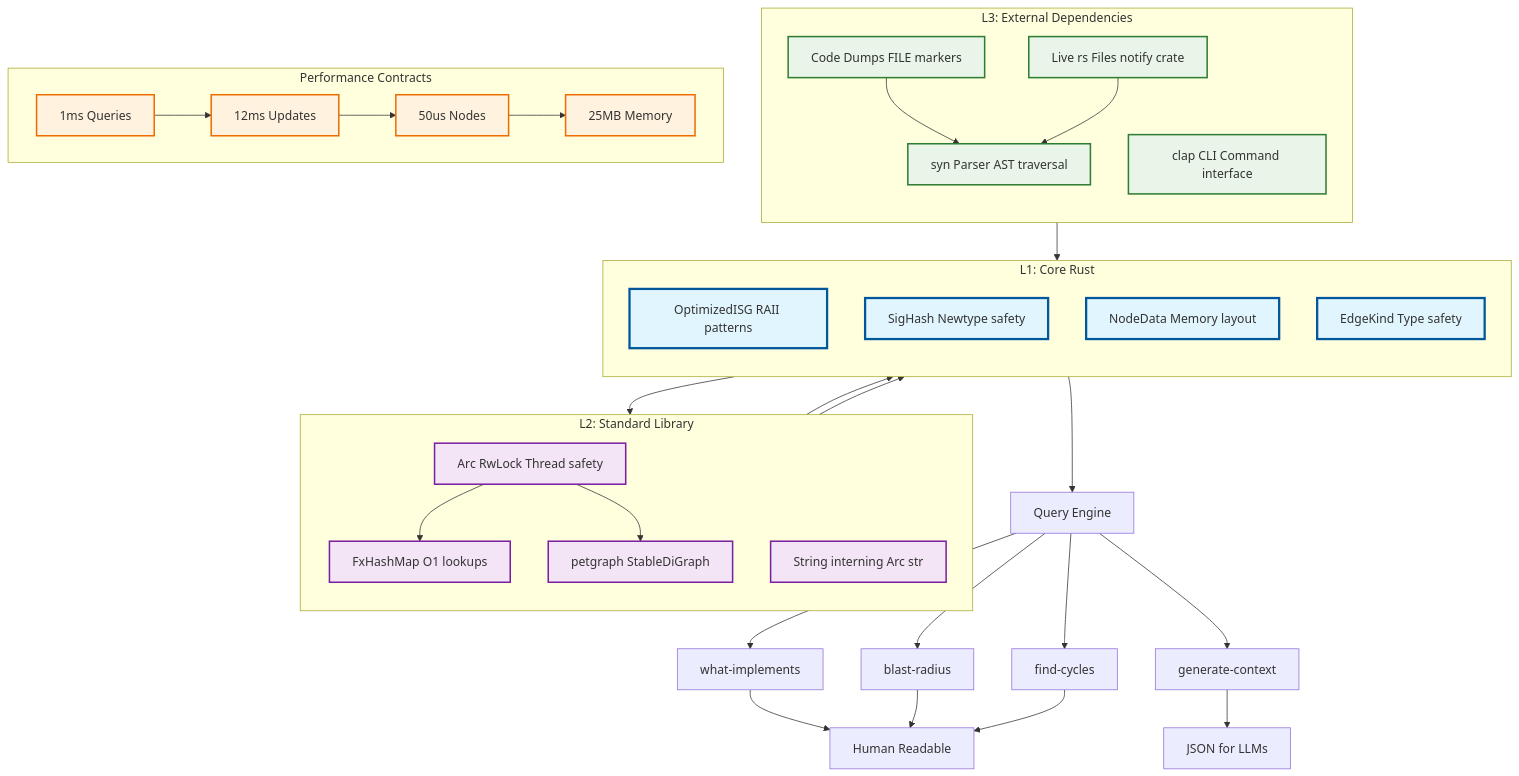
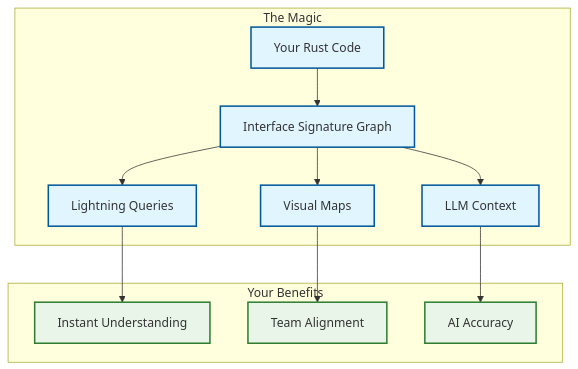
The second of 4 diagrams in README.md (that-in-rust/parseltongue), drawn with Mermaid before and after one commit. The commit also changed other lines of this file, not shown here.

````diff
--- a/README.md
+++ b/README.md
@@ -43,63 +47,21 @@
 ```mermaid
 graph TD
-    subgraph "L3: External Dependencies"
-        direction TB
-        A[Code Dumps FILE markers]
-        B[Live rs Files notify crate]
-        C[syn Parser AST traversal]
-        D[clap CLI Command interface]
+    subgraph "The Magic"
+        A[Your Rust Code] --> B[Interface Signature Graph]
+        B --> C[Lightning Queries]
+        B --> D[Visual Maps]
+        B --> E[LLM Context]
     end
     
-    subgraph "L2: Standard Library"
-        direction TB
-        E[Arc RwLock Thread safety]
-        F[FxHashMap O1 lookups]
-        G[petgraph StableDiGraph]
-        H[String interning Arc str]
+    subgraph "Your Benefits"
+        C --> F[Instant Understanding]
+        D --> G[Team Alignment]
+        E --> H[AI Accuracy]
     end
     
-    subgraph "L1: Core Rust"
-        direction TB
-        I[OptimizedISG RAII patterns]
-        J[SigHash Newtype safety]
-        K[NodeData Memory layout]
-        L[EdgeKind Type safety]
-    end
+    classDef magic fill:#e1f5fe,stroke:#01579b,stroke-width:2px
+    classDef benefit fill:#e8f5e8,stroke:#2e7d32,stroke-width:2px
     
-    subgraph "Performance Contracts"
-        direction LR
-        M[1ms Queries] --> N[12ms Updates]
-        N --> O[50us Nodes]
-        O --> P[25MB Memory]
-    end
-    
-    A --> C
-    B --> C
-    C --> I
-    I --> E
-    E --> F
-    E --> G
-    F --> J
-    G --> K
-    
-    I --> Q[Query Engine]
-    Q --> R[what-implements]
-    Q --> S[blast-radius]
-    Q --> T[find-cycles]
-    Q --> U[generate-context]
-    
-    R --> V[Human Readable]
-    S --> V
-    T --> V
-    U --> W[JSON for LLMs]
-    
-    classDef l1Core fill:#e1f5fe,stroke:#01579b,stroke-width:3px
-    classDef l2Std fill:#f3e5f5,stroke:#7b1fa2,stroke-width:2px
-    classDef l3External fill:#e8f5e8,stroke:#2e7d32,stroke-width:2px
-    classDef performance fill:#fff3e0,stroke:#ef6c00,stroke-width:2px
-    
-    class I,J,K,L l1Core
-    class E,F,G,H l2Std
-    class A,B,C,D l3External
-    class M,N,O,P performance
+    class A,B,C,D,E magic
+    class F,G,H benefit
 ```
````
